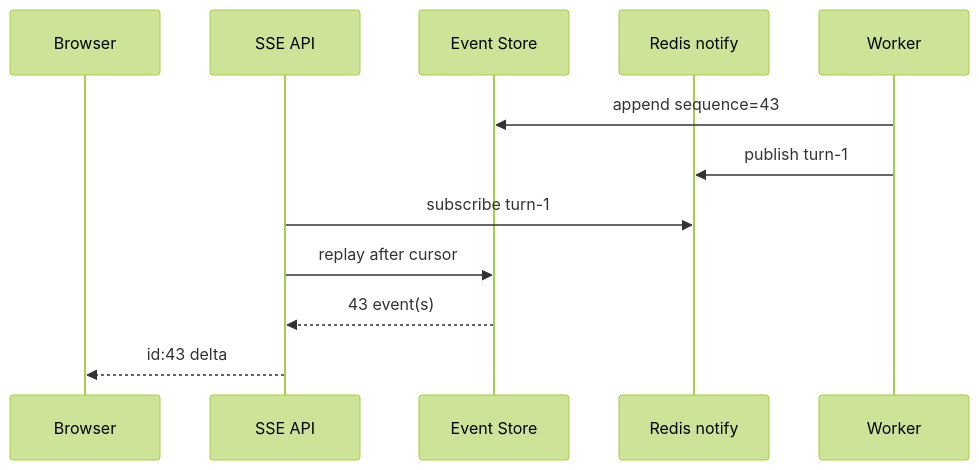
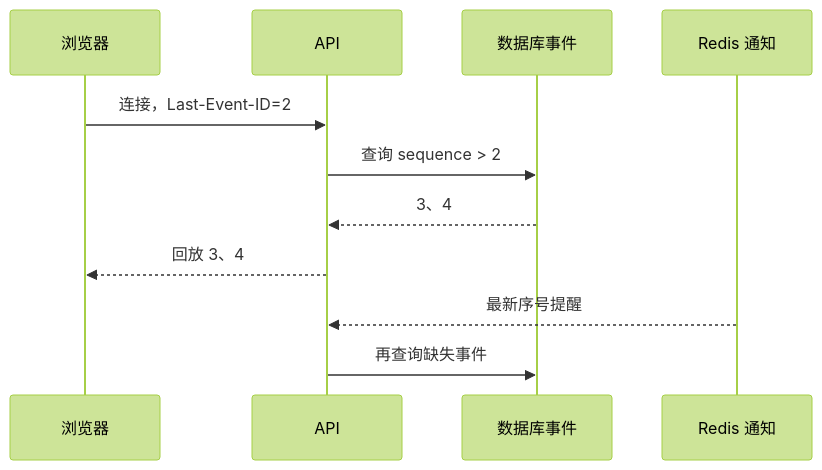
The diagram in docs/agent-practice/15-sse-event-replay.md (upJiang/jiang-blog-vitepress), drawn with Mermaid (forest theme) before and after one commit. The commit also changed other lines of this file and 164 other files, not shown here.

````diff
--- a/docs/agent-practice/15-sse-event-replay.md
+++ b/docs/agent-practice/15-sse-event-replay.md
@@ -38,14 +21,13 @@
 ```mermaid
 sequenceDiagram
-  participant B as Browser
-  participant API as SSE API
-  participant DB as Event Store
-  participant Q as Redis notify
-  participant W as Worker
-  W->>DB: append sequence=43
-  W->>Q: publish turn-1
-  API->>Q: subscribe turn-1
-  API->>DB: replay after cursor
-  DB-->>API: 43 event(s)
-  API-->>B: id:43 delta
+  participant B as 浏览器
+  participant A as API
+  participant D as 数据库事件
+  participant R as Redis 通知
+  B->>A: 连接，Last-Event-ID=2
+  A->>D: 查询 sequence > 2
+  D-->>A: 3、4
+  A-->>B: 回放 3、4
+  R-->>A: 最新序号提醒
+  A->>D: 再查询缺失事件
 ```
````
